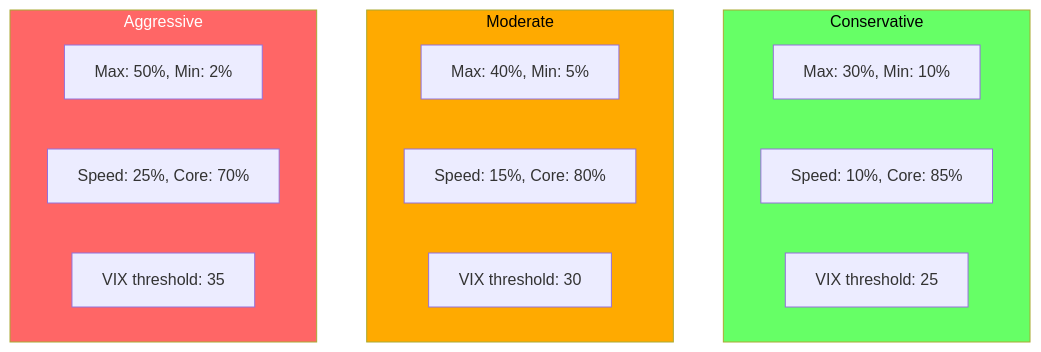
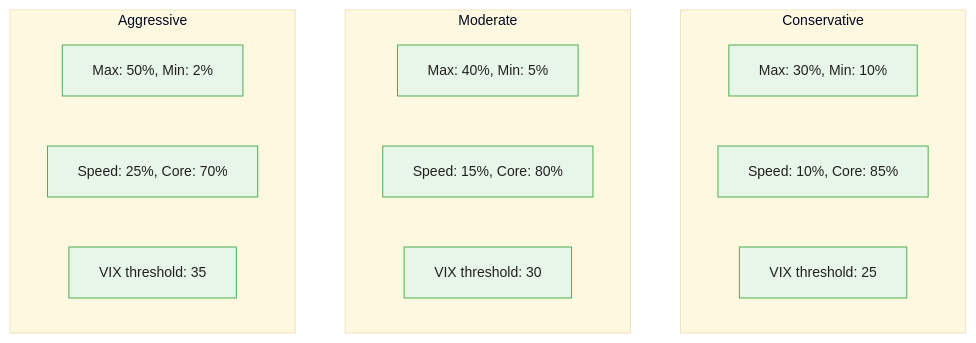
Before and after one commit to m-deane/course-creator: the second of 4 diagrams in courses/multi-armed-bandits-ab-testing/modules/module_05_commodity_trading_bandits/guides/cheatsheet_slides.md, drawn with Mermaid. The commit also changed other lines of this file and 146 other files, not shown here.

````diff
--- a/courses/multi-armed-bandits-ab-testing/modules/module_05_commodity_trading_bandits/guides/cheatsheet_slides.md
+++ b/courses/multi-armed-bandits-ab-testing/modules/module_05_commodity_trading_bandits/guides/cheatsheet_slides.md
@@ -72,22 +99,19 @@
 ```mermaid
+%%{init: {"theme": "base", "themeVariables": {"primaryColor": "#e8f5e9", "primaryBorderColor": "#4caf50", "primaryTextColor": "#212121", "secondaryColor": "#e3f2fd", "tertiaryColor": "#fff8e1", "lineColor": "#757575", "fontFamily": "Inter, sans-serif", "fontSize": "14px"}}}%%
 flowchart TD
     subgraph Conservative["Conservative"]
         C1["Max: 30%, Min: 10%"]
         C2["Speed: 10%, Core: 85%"]
         C3["VIX threshold: 25"]
     end
     subgraph Moderate["Moderate"]
         M1["Max: 40%, Min: 5%"]
         M2["Speed: 15%, Core: 80%"]
         M3["VIX threshold: 30"]
     end
     subgraph Aggressive["Aggressive"]
         A1["Max: 50%, Min: 2%"]
         A2["Speed: 25%, Core: 70%"]
         A3["VIX threshold: 35"]
     end
-
-    style Conservative fill:#6f6,color:#000
-    style Moderate fill:#fa0,color:#000
-    style Aggressive fill:#f66,color:#fff
 ```
````
